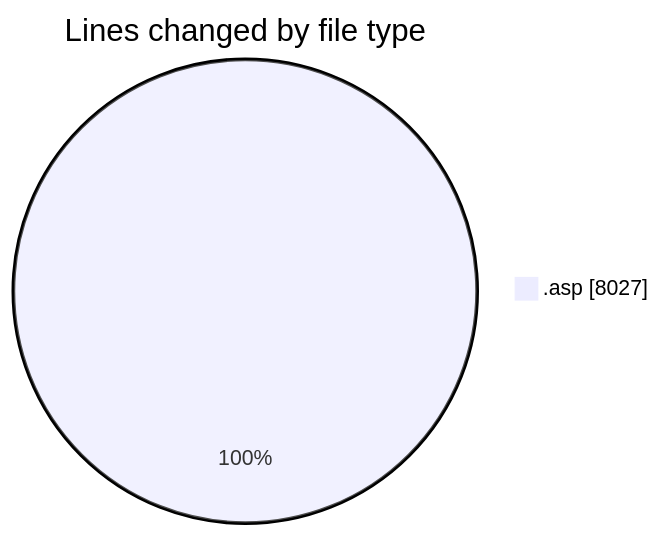
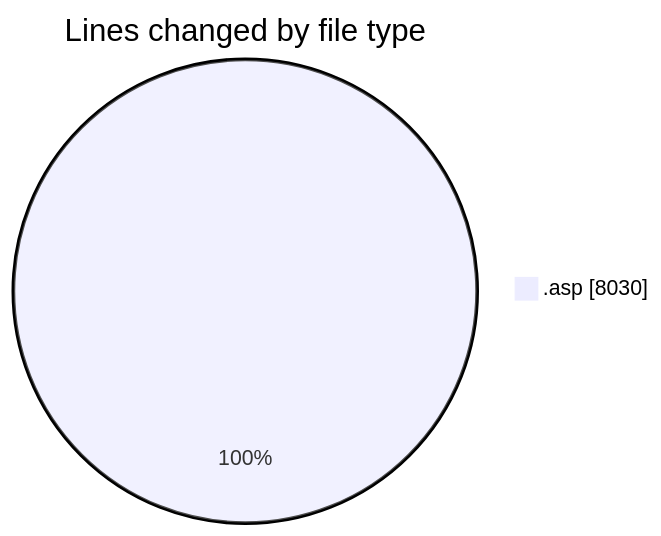
The first of 2 diagrams in 2025-11-15/cdp_aleoudev_fr__workspace_/README.md (julien-gomy/code-tracking), drawn with Mermaid before and after one commit. The commit also changed other lines of this file and 1 other file, not shown here.

````diff
--- a/2025-11-15/cdp_aleoudev_fr__workspace_/README.md
+++ b/2025-11-15/cdp_aleoudev_fr__workspace_/README.md
@@ -32,5 +32,5 @@
 ```mermaid
 pie showData
 title Lines changed by file type
-".asp" : 8027
+".asp" : 8030
 ```
````
